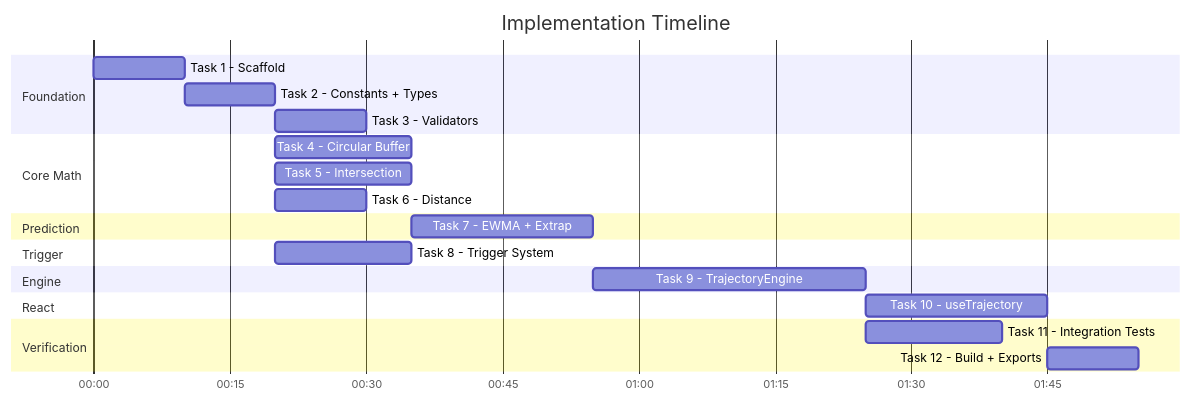
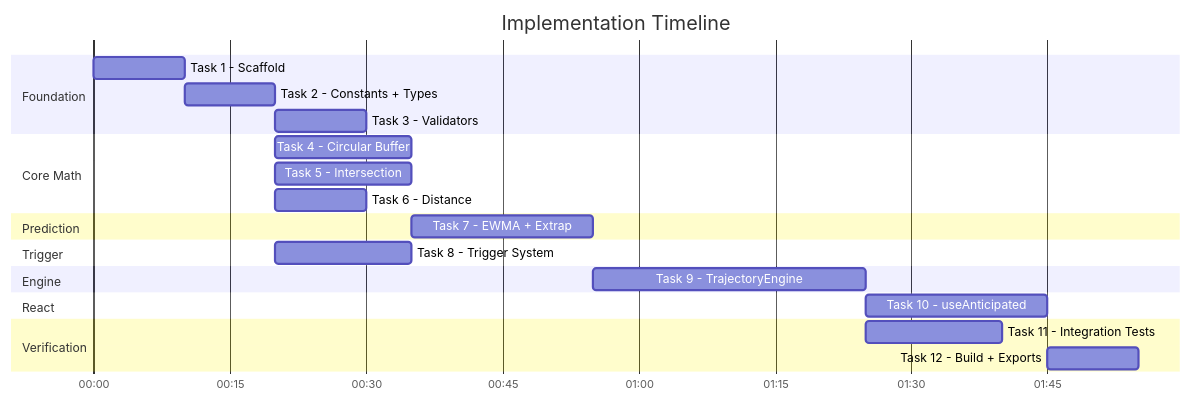
The seventh of 7 diagrams in docs/plans/2026-03-15-use-trajectory-impl-plan.md (antonjoel82/anticipate), drawn with Mermaid before and after one commit. The commit also changed other lines of this file and 46 other files, not shown here.

First line of the commit message:
refactor: rename foresee→anticipated, useTrajectory→useAnticipated

````diff
--- a/docs/plans/2026-03-15-use-trajectory-impl-plan.md
+++ b/docs/plans/2026-03-15-use-trajectory-impl-plan.md
@@ -1179,32 +1179,32 @@
 ```mermaid
 gantt
     title Implementation Timeline
     dateFormat  HH:mm
     axisFormat %H:%M
 
     section Foundation
     Task 1 - Scaffold           :t1, 00:00, 10m
     Task 2 - Constants + Types  :t2, after t1, 10m
     Task 3 - Validators         :t3, after t2, 10m
 
     section Core Math
     Task 4 - Circular Buffer    :t4, after t2, 15m
     Task 5 - Intersection       :t5, after t2, 15m
     Task 6 - Distance           :t6, after t2, 10m
 
     section Prediction
     Task 7 - EWMA + Extrap      :t7, after t4, 20m
 
     section Trigger
     Task 8 - Trigger System     :t8, after t2, 15m
 
     section Engine
     Task 9 - TrajectoryEngine   :t9, after t7, 30m
 
     section React
-    Task 10 - useTrajectory     :t10, after t9, 20m
+    Task 10 - useAnticipated     :t10, after t9, 20m
 
     section Verification
     Task 11 - Integration Tests :t11, after t9, 15m
     Task 12 - Build + Exports   :t12, after t10, 10m
 ```
````
